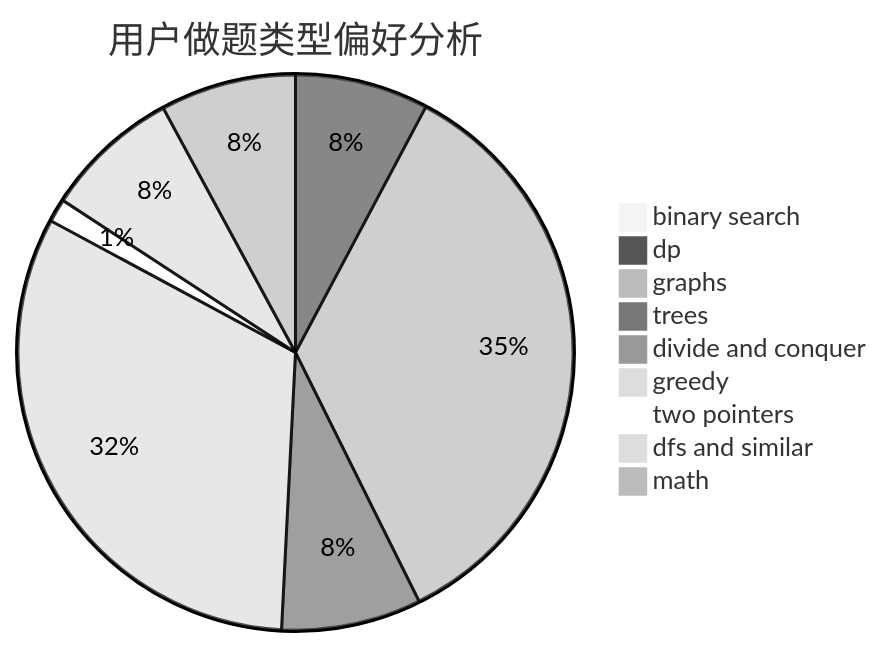
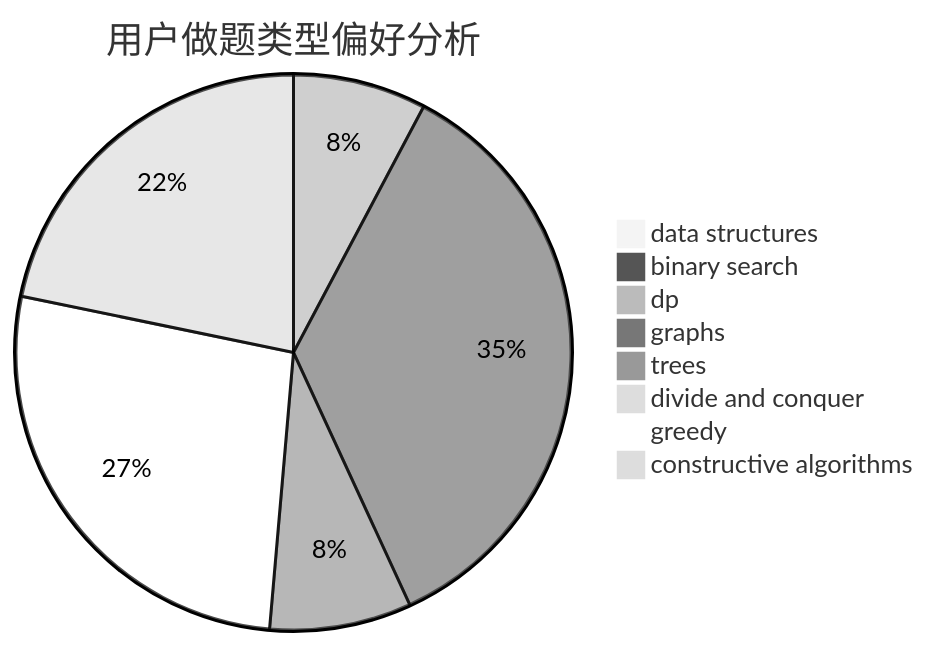
One commit to sherpahu/cfrs.github.io changed the second of 3 diagrams in docs/user/u356.md. Above: the diagram before and after it, drawn with Mermaid (neutral theme). The commit also changed other lines of this file and 2775 other files, not shown here.

````diff
--- a/docs/user/u356.md
+++ b/docs/user/u356.md
@@ -23,12 +23,11 @@
 ```mermaid
 pie title 用户做题类型偏好分析
-    "binary search" :  2
-    "dp" :  63
+    "data structures" :  2
+    "binary search" :  0
+    "dp" :  62
     "graphs" :  283
     "trees" :  66
     "divide and conquer" :  0
-    "greedy" :  260
-    "two pointers" :  11
-    "dfs and similar" :  64
-    "math" :  64
+    "greedy" :  215
+    "constructive algorithms" :  174
 ```
````
